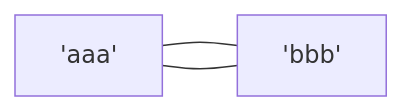
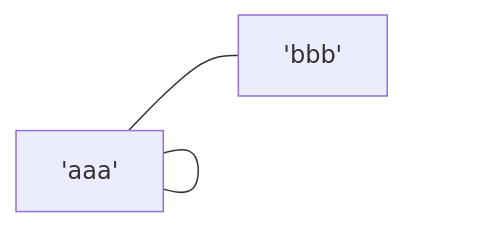
The diagram in all/未命名-2.md (sdgixfg/iodraw-files), drawn with Mermaid before and after one commit.

Commit message:
2025-05-24 13:42:35 update

````diff
--- a/all/未命名-2.md
+++ b/all/未命名-2.md
@@ -1,5 +1,5 @@
 ```mermaid
 flowchart LR
-    A['aaa']---B['bbb']
-    A --- B
+    A['aaa'] --- B['bbb']
+    A --- A
 ```
````
